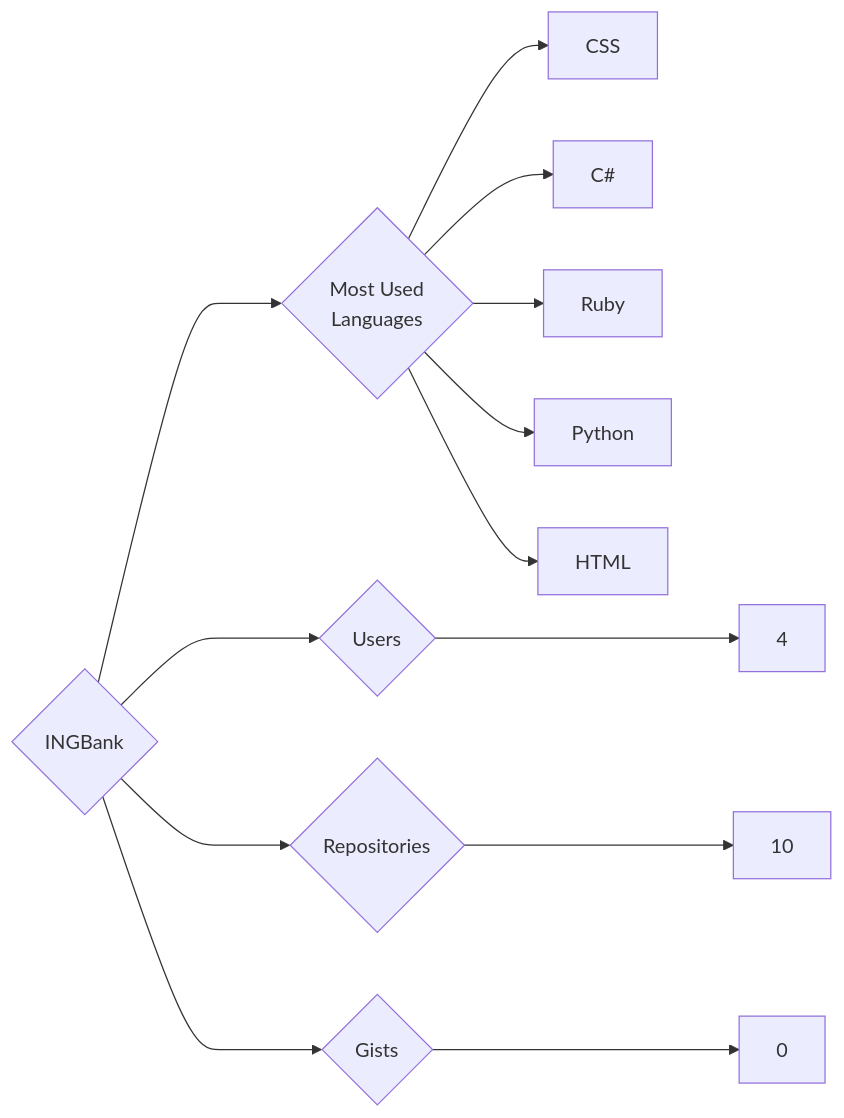
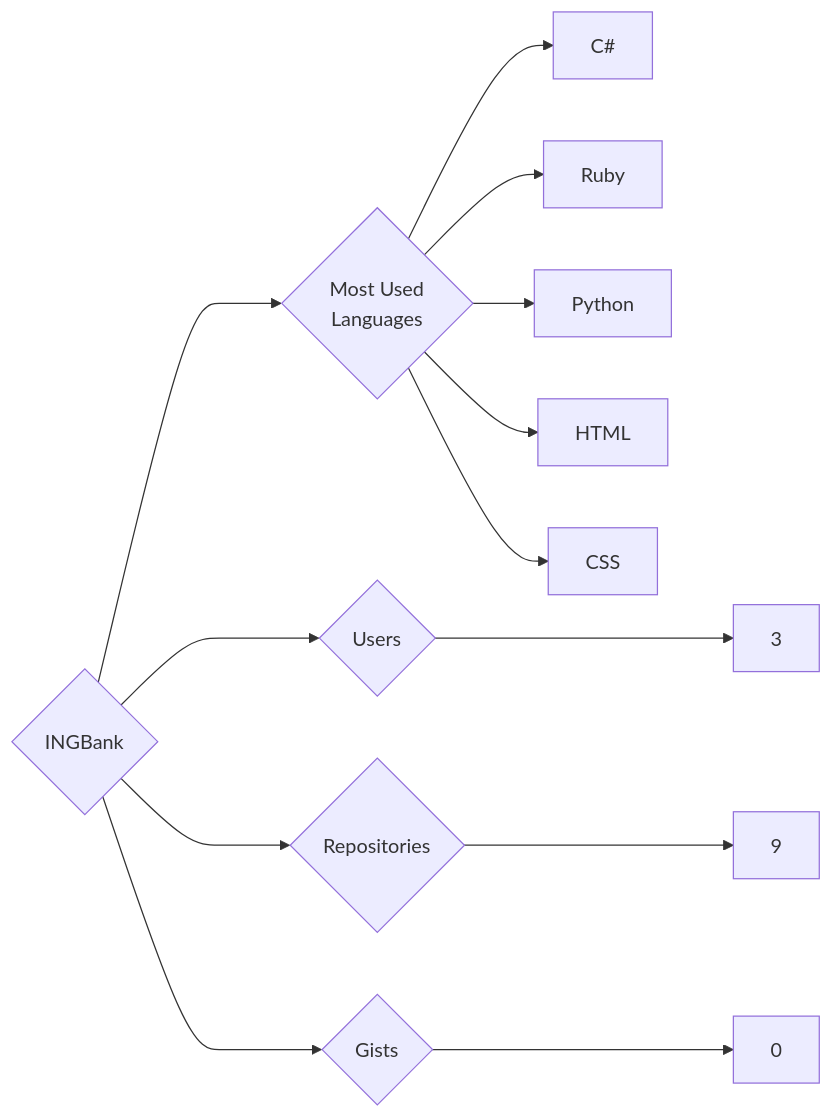
Before and after one commit to trickest/insiders: the diagram in targets/INGBank/README.md, drawn with Mermaid. The commit also changed 644 other files, not shown here.

````diff
--- a/targets/INGBank/README.md
+++ b/targets/INGBank/README.md
@@ -3,13 +3,13 @@
 ```mermaid
 graph LR
 COMPANY_NAME{INGBank}
-COMPANY_NAME ---> U{Users} ---> UN[4]
-COMPANY_NAME ---> R{Repositories} ---> RN[10]
+COMPANY_NAME ---> U{Users} ---> UN[3]
+COMPANY_NAME ---> R{Repositories} ---> RN[9]
 COMPANY_NAME ---> G{Gists} ---> GN[0]
 COMPANY_NAME ---> ML{Most Used<br>Languages}
-ML --> CSS[CSS]
 ML --> C#[C#]
 ML --> Ruby[Ruby]
 ML --> Python[Python]
 ML --> HTML[HTML]
+ML --> CSS[CSS]
 ```
````
